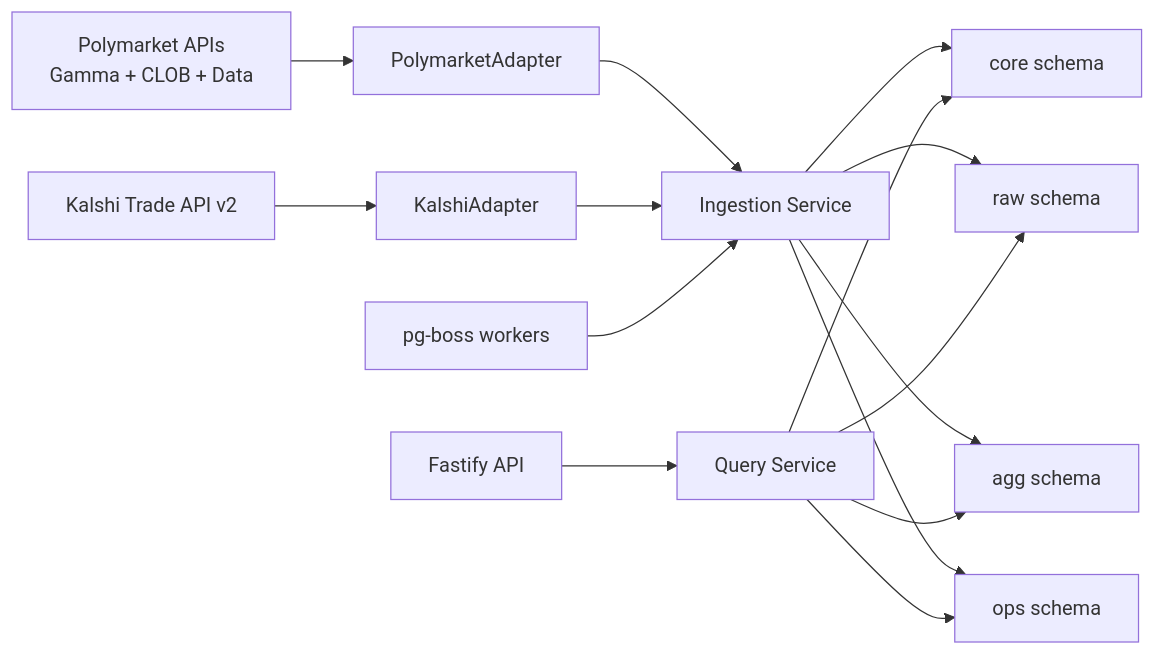
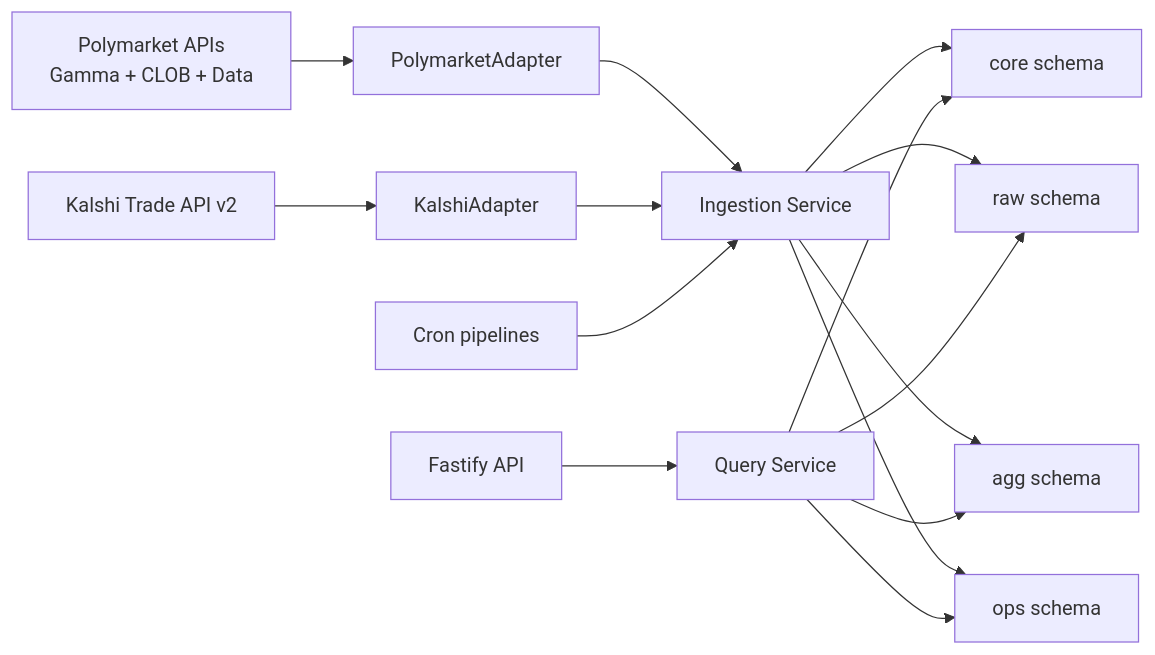
One commit to DefiLlama/predictions changed the first of 3 diagrams in knowledge/PROJECT_CONTEXT.md. Above: the diagram before and after it, drawn with Mermaid. The commit also changed other lines of this file and 25 other files, not shown here.

````diff
--- a/knowledge/PROJECT_CONTEXT.md
+++ b/knowledge/PROJECT_CONTEXT.md
@@ -23,20 +23,20 @@
 ```mermaid
 flowchart LR
   A["Polymarket APIs\nGamma + CLOB + Data"] --> B["PolymarketAdapter"]
   C["Kalshi Trade API v2"] --> D["KalshiAdapter"]
 
   B --> E["Ingestion Service"]
   D --> E
 
   E --> F["core schema"]
   E --> G["raw schema"]
   E --> H["agg schema"]
   E --> I["ops schema"]
 
-  J["pg-boss workers"] --> E
+  J["Cron pipelines"] --> E
   K["Query Service"] --> F
   K --> G
   K --> H
   K --> I
   L["Fastify API"] --> K
 ```
````
